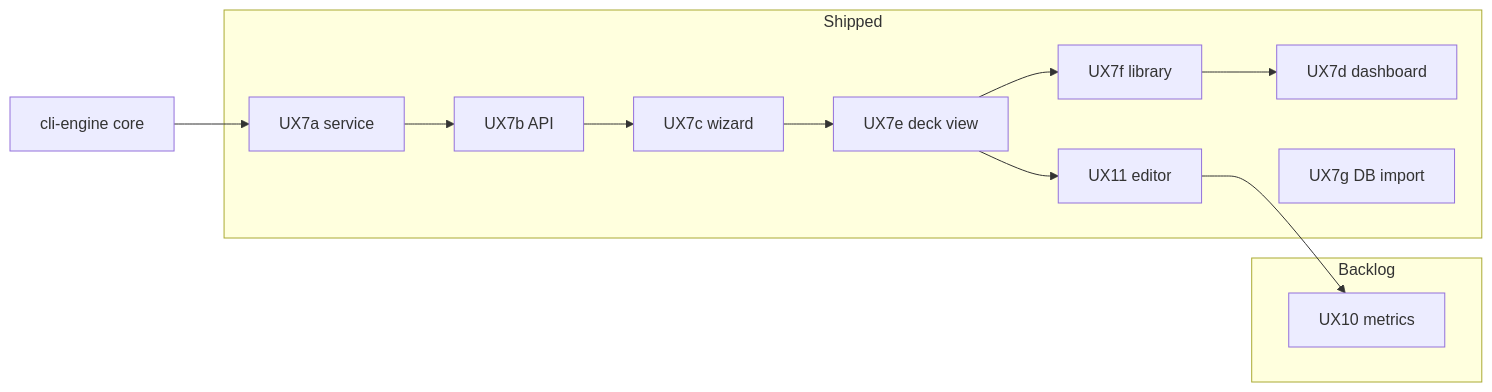
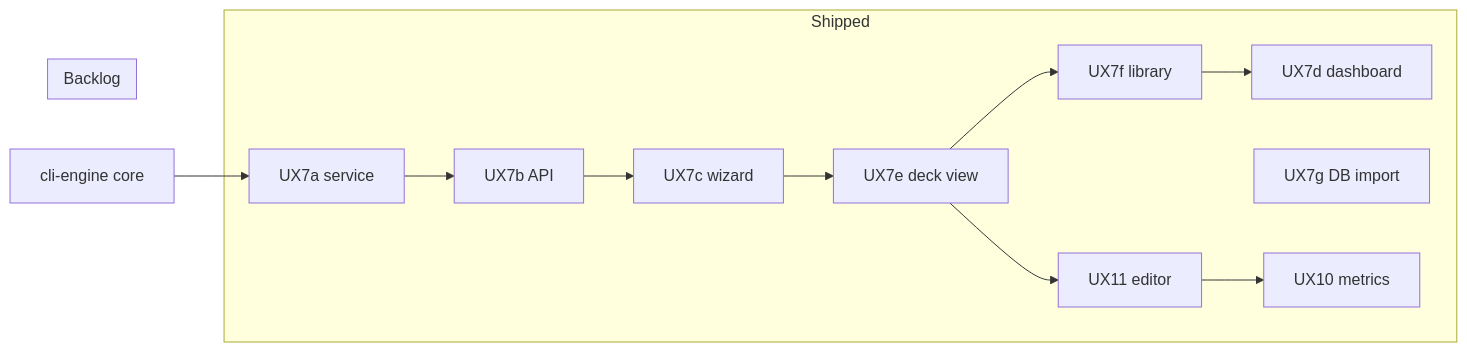
The diagram in docs/roadmap/active.md (danielhood/mtg-deck-tools), drawn with Mermaid before and after one commit. The commit also changed other lines of this file and 16 other files, not shown here.

First line of the commit message:
feat(UX10b): add interactive CMC charts on deck view (#86)

````diff
--- a/docs/roadmap/active.md
+++ b/docs/roadmap/active.md
@@ -53,28 +51,28 @@
 ```mermaid
 flowchart LR
   subgraph shipped["Shipped"]
     UX7a[UX7a service]
     UX7b[UX7b API]
     UX7c[UX7c wizard]
     UX7e[UX7e deck view]
     UX7f[UX7f library]
     UX7d[UX7d dashboard]
     UX7g[UX7g DB import]
     UX11[UX11 editor]
+    UX10[UX10 metrics]
   end
 
   subgraph backlog["Backlog"]
-    UX10[UX10 metrics]
   end
 
   CORE[cli-engine core]
 
   CORE --> UX7a
   UX7a --> UX7b
   UX7b --> UX7c
   UX7c --> UX7e
   UX7e --> UX7f
   UX7f --> UX7d
   UX7e --> UX11
   UX11 --> UX10
 ```
````
